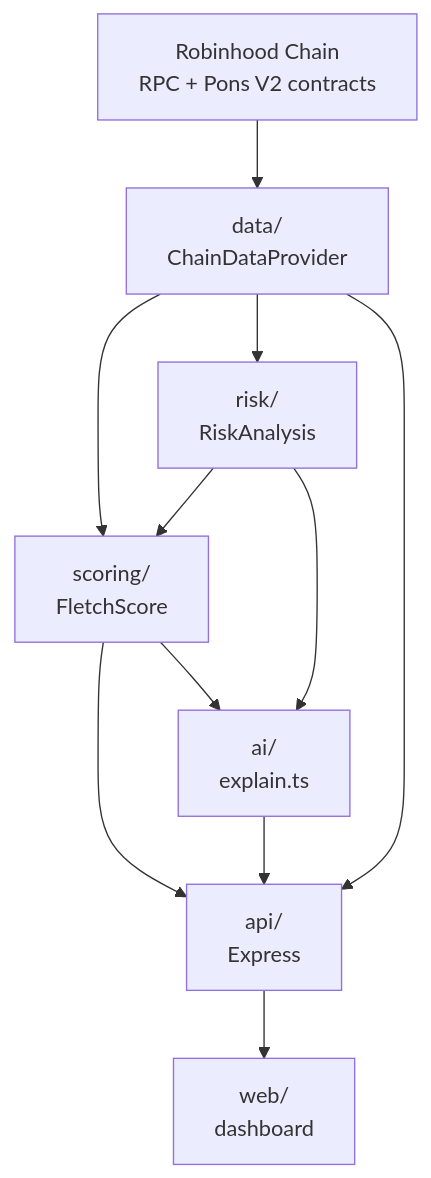
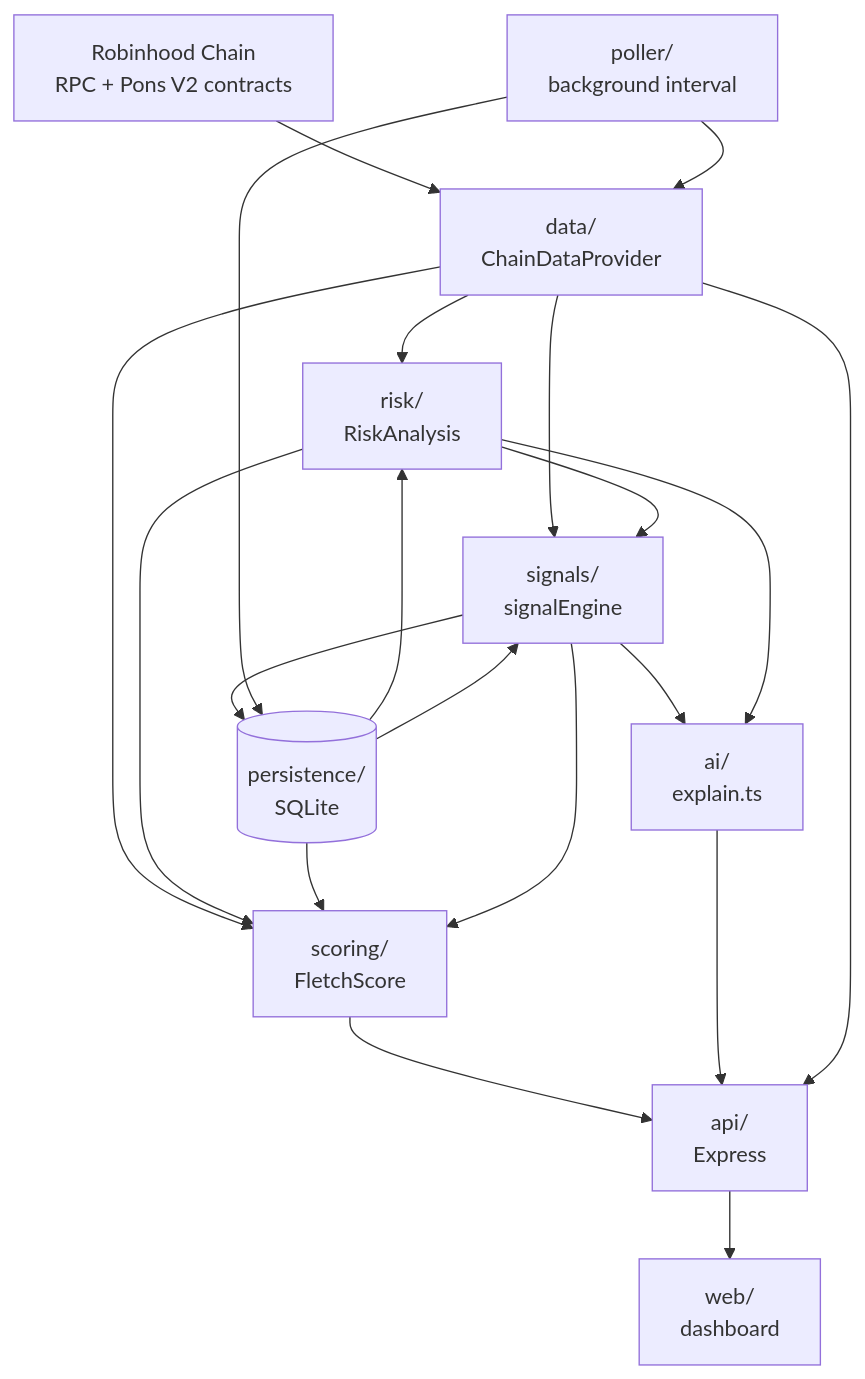
Before and after one commit to leopardracer/FLETCH: the diagram in docs/ARCHITECTURE.md, drawn with Mermaid. The commit also changed other lines of this file and 33 other files, not shown here.

````diff
--- a/docs/ARCHITECTURE.md
+++ b/docs/ARCHITECTURE.md
@@ -5,13 +5,22 @@
 ```mermaid
 flowchart TD
     A[Robinhood Chain<br/>RPC + Pons V2 contracts] --> B[data/<br/>ChainDataProvider]
     B --> C[risk/<br/>RiskAnalysis]
-    B --> D[scoring/<br/>FletchScore]
+    B --> D[signals/<br/>signalEngine]
+    P[(persistence/<br/>SQLite)] --> C
+    P --> D
     C --> D
+    B --> S[scoring/<br/>FletchScore]
+    C --> S
+    P --> S
+    D --> S
     D --> E[ai/<br/>explain.ts]
     C --> E
-    D --> F[api/<br/>Express]
+    S --> F[api/<br/>Express]
     E --> F
     B --> F
+    D --> P
+    Poller[poller/<br/>background interval] --> B
+    Poller --> P
     F --> G[web/<br/>dashboard]
 ```
````
